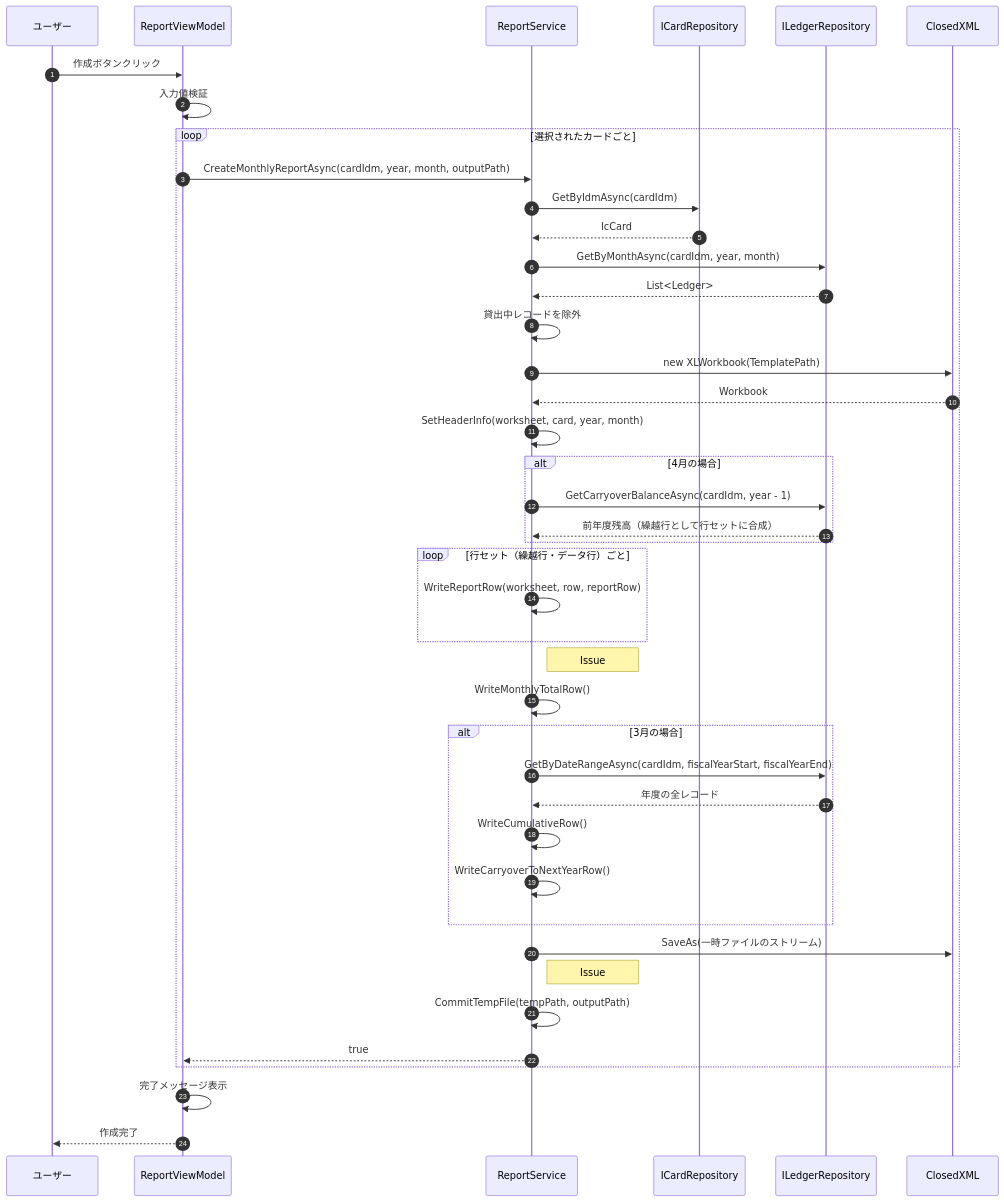
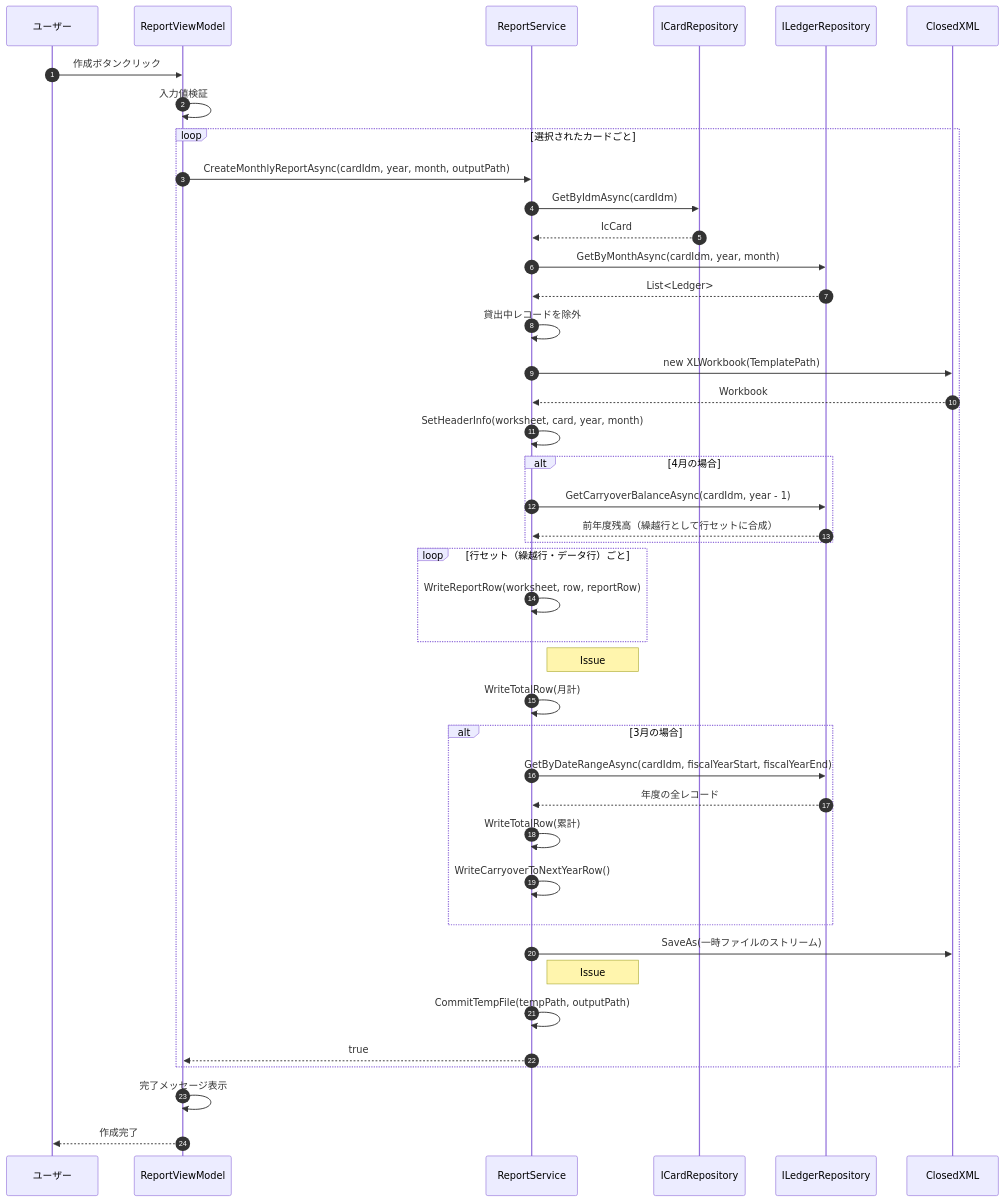
The fourth of 15 diagrams in ICCardManager/docs/design/06_シーケンス図.md (kuwayamamasayuki/ICCardManager), drawn with Mermaid before and after one commit. The commit also changed 11 other files, not shown here.

````diff
--- a/ICCardManager/docs/design/06_シーケンス図.md
+++ b/ICCardManager/docs/design/06_シーケンス図.md
@@ -259,59 +259,59 @@
 ```mermaid
 sequenceDiagram
     autonumber
     participant User as ユーザー
     participant VM as ReportViewModel
     participant RS as ReportService
     participant CR as ICardRepository
     participant LR as ILedgerRepository
     participant XL as ClosedXML
 
     User->>VM: 作成ボタンクリック
 
     VM->>VM: 入力値検証
 
     loop 選択されたカードごと
         VM->>RS: CreateMonthlyReportAsync(cardIdm, year, month, outputPath)
 
         RS->>CR: GetByIdmAsync(cardIdm)
         CR-->>RS: IcCard
 
         RS->>LR: GetByMonthAsync(cardIdm, year, month)
         LR-->>RS: List<Ledger>
 
         RS->>RS: 貸出中レコードを除外
 
         RS->>XL: new XLWorkbook(TemplatePath)
         XL-->>RS: Workbook
 
         RS->>RS: SetHeaderInfo(worksheet, card, year, month)
 
         alt 4月の場合
             RS->>LR: GetCarryoverBalanceAsync(cardIdm, year - 1)
             LR-->>RS: 前年度残高（繰越行として行セットに合成）
         end
 
         loop 行セット（繰越行・データ行）ごと
             RS->>RS: WriteReportRow(worksheet, row, reportRow)
         end
         Note right of RS: Issue #1023: WriteCarryoverRow / WriteDataRow を<br/>WriteReportRow に統合。RowType（繰越/データ）で出し分け
 
-        RS->>RS: WriteMonthlyTotalRow()
+        RS->>RS: WriteTotalRow(月計)
 
         alt 3月の場合
             RS->>LR: GetByDateRangeAsync(cardIdm, fiscalYearStart, fiscalYearEnd)
             LR-->>RS: 年度の全レコード
-            RS->>RS: WriteCumulativeRow()
+            RS->>RS: WriteTotalRow(累計)
             RS->>RS: WriteCarryoverToNextYearRow()
         end
 
         RS->>XL: SaveAs(一時ファイルのストリーム)
         Note right of RS: Issue #2040: 年度ファイルへ直接保存しない。<br/>{年度ファイル名}.{8桁}.tmp へ書き切ってから<br/>File.Replace（新規は File.Move）で差し替える
         RS->>RS: CommitTempFile(tempPath, outputPath)
 
         RS-->>VM: true
     end
 
     VM->>VM: 完了メッセージ表示
     VM-->>User: 作成完了
 ```
````
